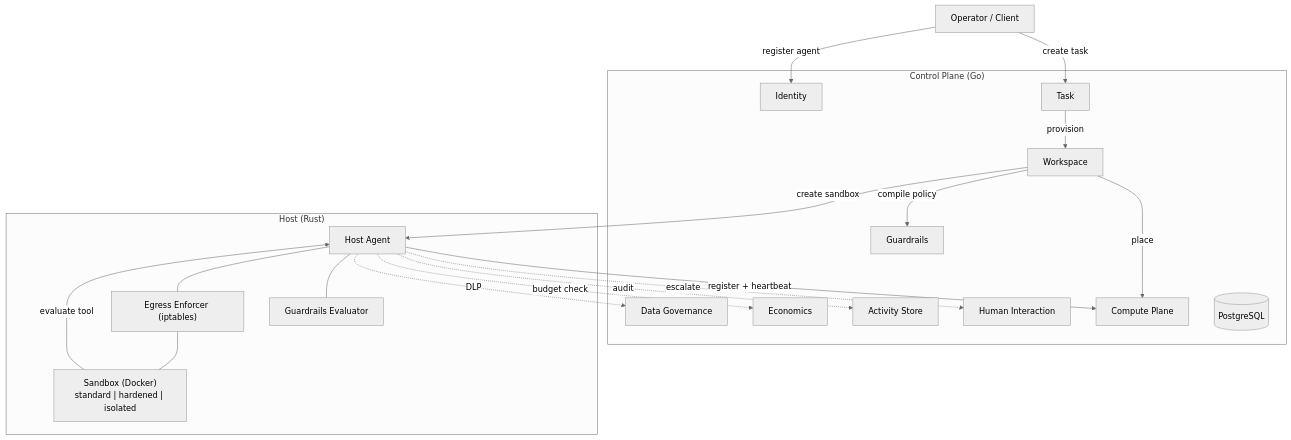
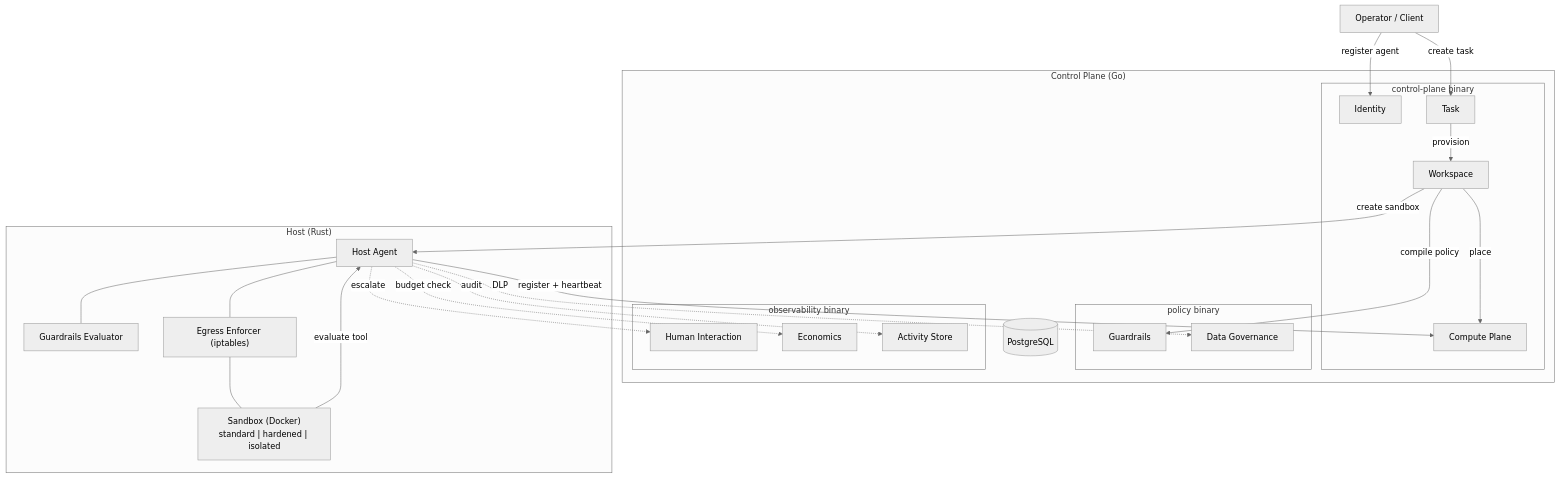
The diagram in README.md (Baselyne-Systems/agent-sandbox-platform), drawn with Mermaid (neutral theme) before and after one commit. The commit also changed other lines of this file and 45 other files, not shown here.

````diff
--- a/README.md
+++ b/README.md
@@ -57,43 +57,50 @@
 ```mermaid
 graph TB
     Operator["Operator / Client"]
 
     subgraph CP["Control Plane (Go)"]
-        Identity["Identity"]
+        subgraph CPBin["control-plane binary"]
+            Identity["Identity"]
+            Task["Task"]
+            Workspace["Workspace"]
+            Compute["Compute Plane"]
+        end
 
-        Task["Task"]
-        Workspace["Workspace"]
-        Compute["Compute Plane"]
-        Guardrails["Guardrails"]
+        subgraph PolicyBin["policy binary"]
+            Guardrails["Guardrails"]
+            Governance["Data Governance"]
+        end
 
-        Human["Human Interaction"]
-        Economics["Economics"]
-        Activity["Activity Store"]
-        Governance["Data Governance"]
+        subgraph ObsBin["observability binary"]
+            Human["Human Interaction"]
+            Economics["Economics"]
+            Activity["Activity Store"]
+        end
+
         PG[("PostgreSQL")]
 
         Task -->|provision| Workspace
         Workspace -->|place| Compute
         Workspace -->|compile policy| Guardrails
     end
 
     subgraph Host["Host (Rust)"]
         HostAgent["Host Agent"]
         Evaluator["Guardrails Evaluator"]
         Egress["Egress Enforcer (iptables)"]
         Sandbox["Sandbox (Docker)<br/>standard | hardened | isolated"]
     end
 
     Operator -->|"create task"| Task
     Operator -->|"register agent"| Identity
     Workspace -->|"create sandbox"| HostAgent
     HostAgent -->|"register + heartbeat"| Compute
     HostAgent -.->|"escalate"| Human
     HostAgent -.->|"audit"| Activity
     HostAgent -.->|"budget check"| Economics
     HostAgent -.->|"DLP"| Governance
     Sandbox -->|"evaluate tool"| HostAgent
     HostAgent --- Evaluator
     HostAgent --- Egress
     Egress --- Sandbox
 ```
````
